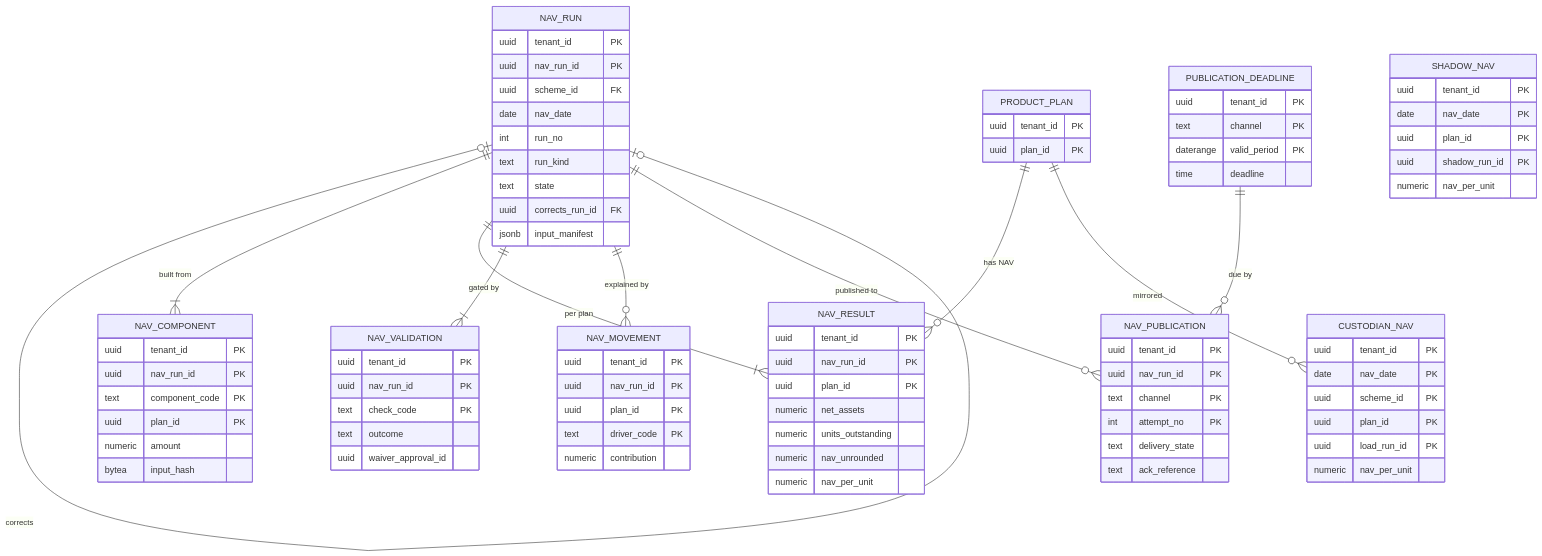
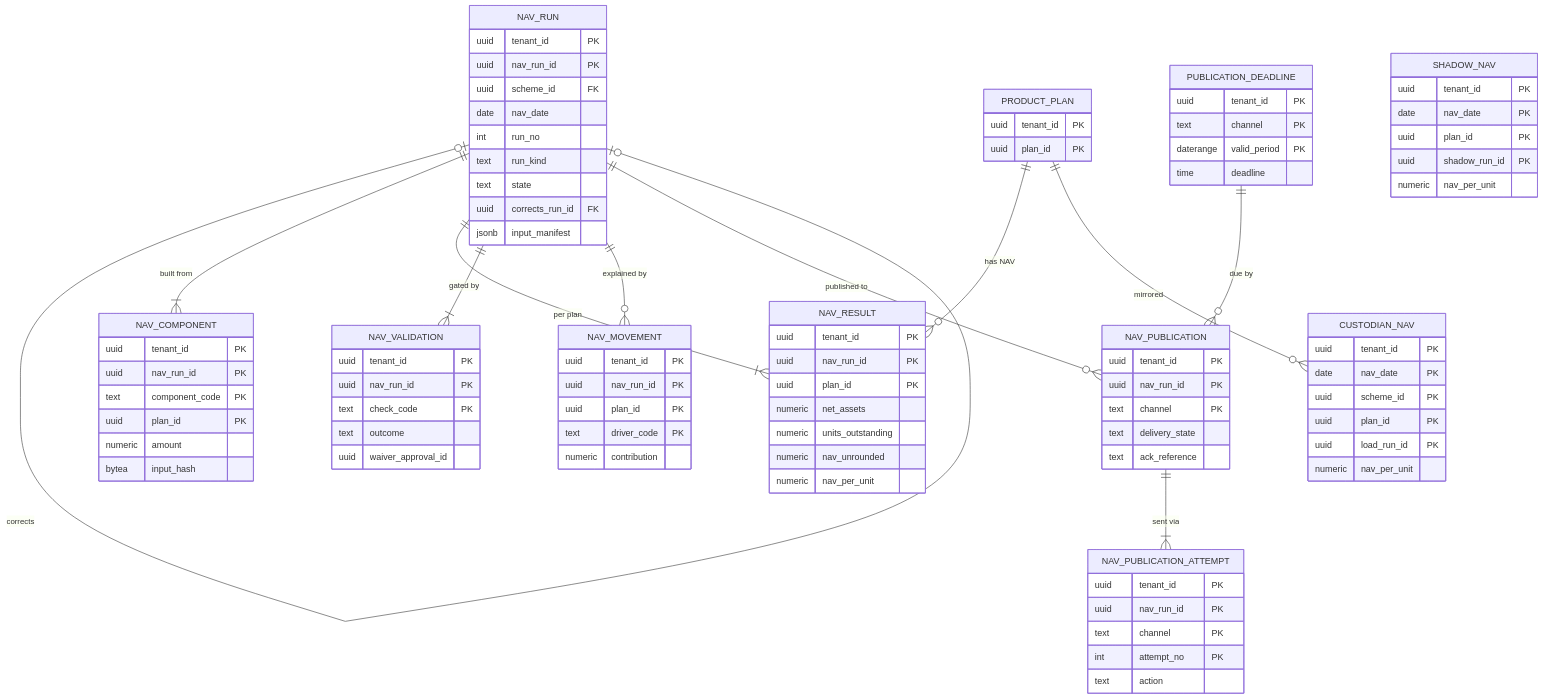
The second of 2 diagrams in architecture/erds/D11_valuation_nav.md (suchitdubey7/AMC-OS), drawn with Mermaid before and after one commit. The commit also changed other lines of this file and 19 other files, not shown here.

```diff
--- a/architecture/erds/D11_valuation_nav.md
+++ b/architecture/erds/D11_valuation_nav.md
@@ -91,6 +98,7 @@
   NAV_RUN ||--o{ NAV_MOVEMENT : "explained by"
   NAV_RUN ||--o{ NAV_PUBLICATION : "published to"
   PUBLICATION_DEADLINE ||--o{ NAV_PUBLICATION : "due by"
+  NAV_PUBLICATION ||--|{ NAV_PUBLICATION_ATTEMPT : "sent via"
   PRODUCT_PLAN ||--o{ CUSTODIAN_NAV : "mirrored"
   NAV_RUN {
     uuid tenant_id PK
@@ -138,9 +146,15 @@
     uuid tenant_id PK
     uuid nav_run_id PK
     text channel PK
-    int attempt_no PK
     text delivery_state
     text ack_reference
+  }
+  NAV_PUBLICATION_ATTEMPT {
+    uuid tenant_id PK
+    uuid nav_run_id PK
+    text channel PK
+    int attempt_no PK
+    text action
   }
   CUSTODIAN_NAV {
     uuid tenant_id PK
```
